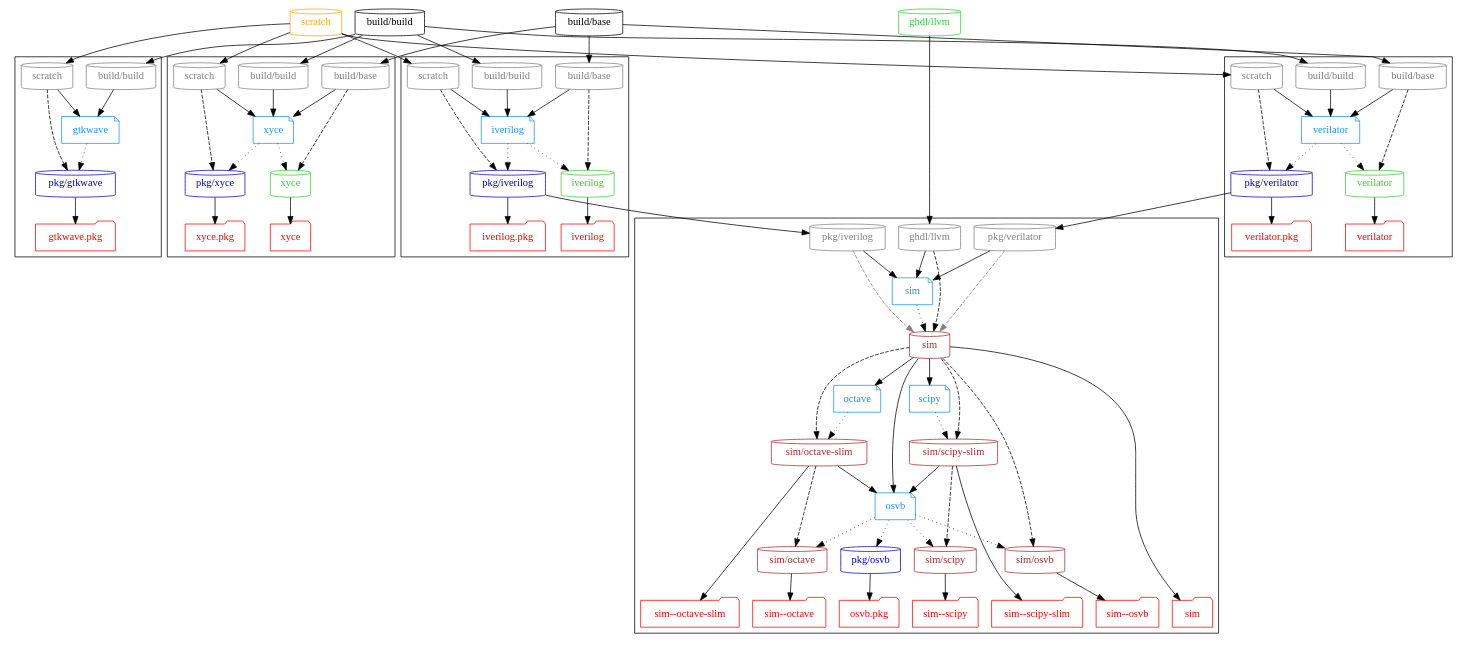
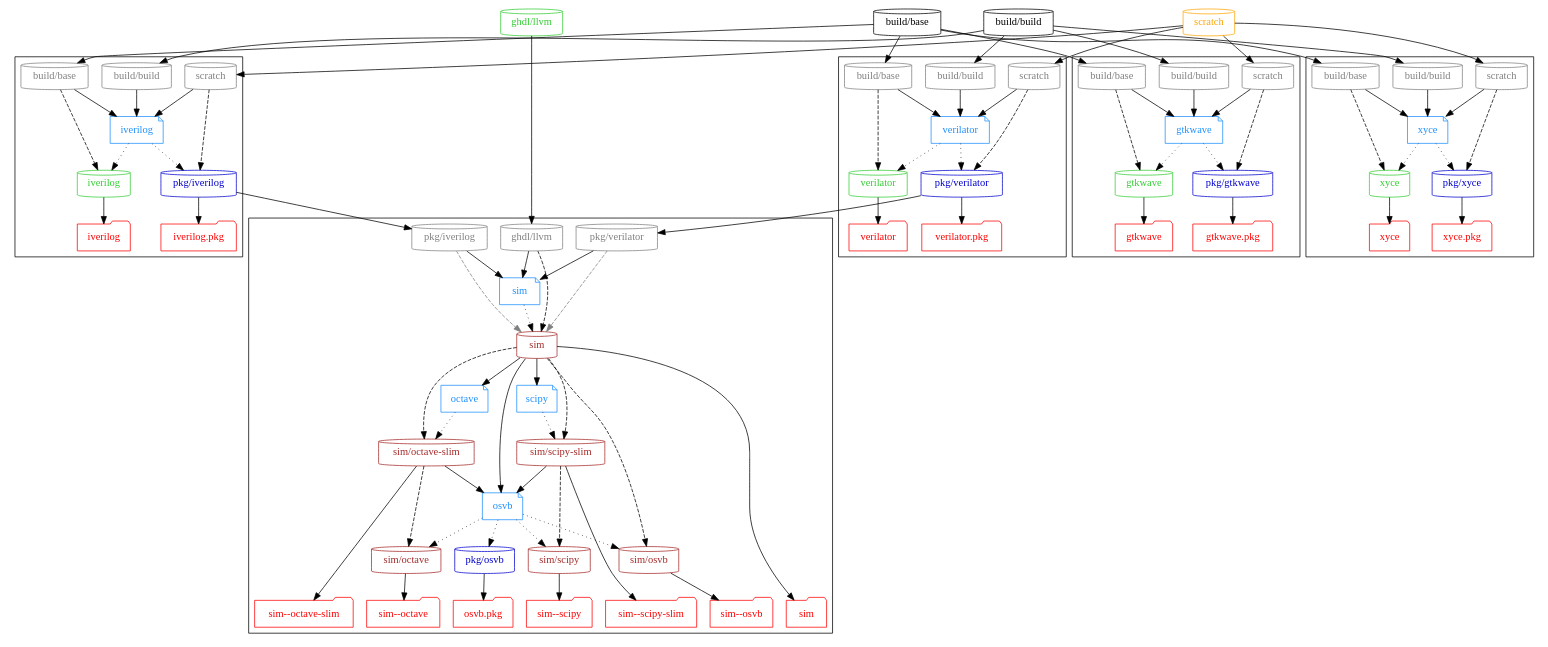
The diagram in graph/sim.dot (hdl/containers), drawn with Graphviz before and after one commit. The commit also changed 7 other files, not shown here.

```diff
--- a/graph/sim.dot
+++ b/graph/sim.dot
@@ -44,6 +44,7 @@
       "iverilog"
       "verilator"
       "ghdl/llvm"
+      "gtkwave"
       "xyce"
     }
     { node [color=mediumblue, fontcolor=mediumblue]
@@ -82,13 +83,19 @@
     { rank=same
       node [shape=cylinder, color=grey, fontcolor=grey]
       "p_gtkwave_build/build" [label="build/build"]
+      "p_gtkwave_build/base" [label="build/base"]
       "p_gtkwave_scratch" [label="scratch"]
     }
 
-    d_gtkwave -> "pkg/gtkwave" [style=dotted];
+    d_gtkwave -> {
+      "gtkwave"
+      "pkg/gtkwave"
+     } [style=dotted];
 
+    "t_gtkwave" [shape=folder, color=red, fontcolor=red, label="gtkwave"];
     "t_pkg/gtkwave" [shape=folder, color=red, fontcolor=red, label="gtkwave.pkg"];
 
+    "gtkwave" -> "t_gtkwave";
     "pkg/gtkwave" -> "t_pkg/gtkwave";
   }
 
@@ -215,6 +222,7 @@
   # Dockerfile dependencies
 
   "build/build" -> "p_gtkwave_build/build" -> d_gtkwave;
+  "build/base" -> "p_gtkwave_build/base" -> d_gtkwave;
   "scratch" -> "p_gtkwave_scratch" -> d_gtkwave;
 
   "build/build" -> "p_iverilog_build/build" -> d_iverilog;
@@ -236,6 +244,7 @@
   # Image dependencies
 
   { edge [style=dashed]
+    "p_gtkwave_build/base" -> "gtkwave";
     "p_gtkwave_scratch" -> "pkg/gtkwave";
 
     "p_iverilog_build/base" -> "iverilog";
```
